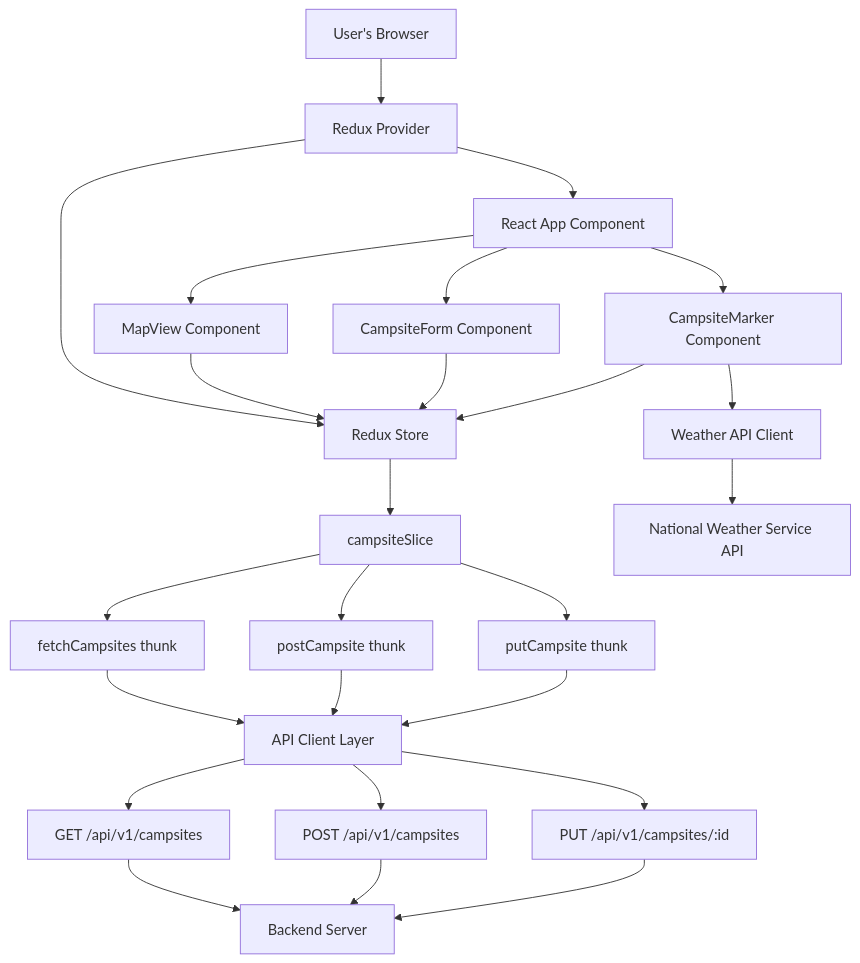
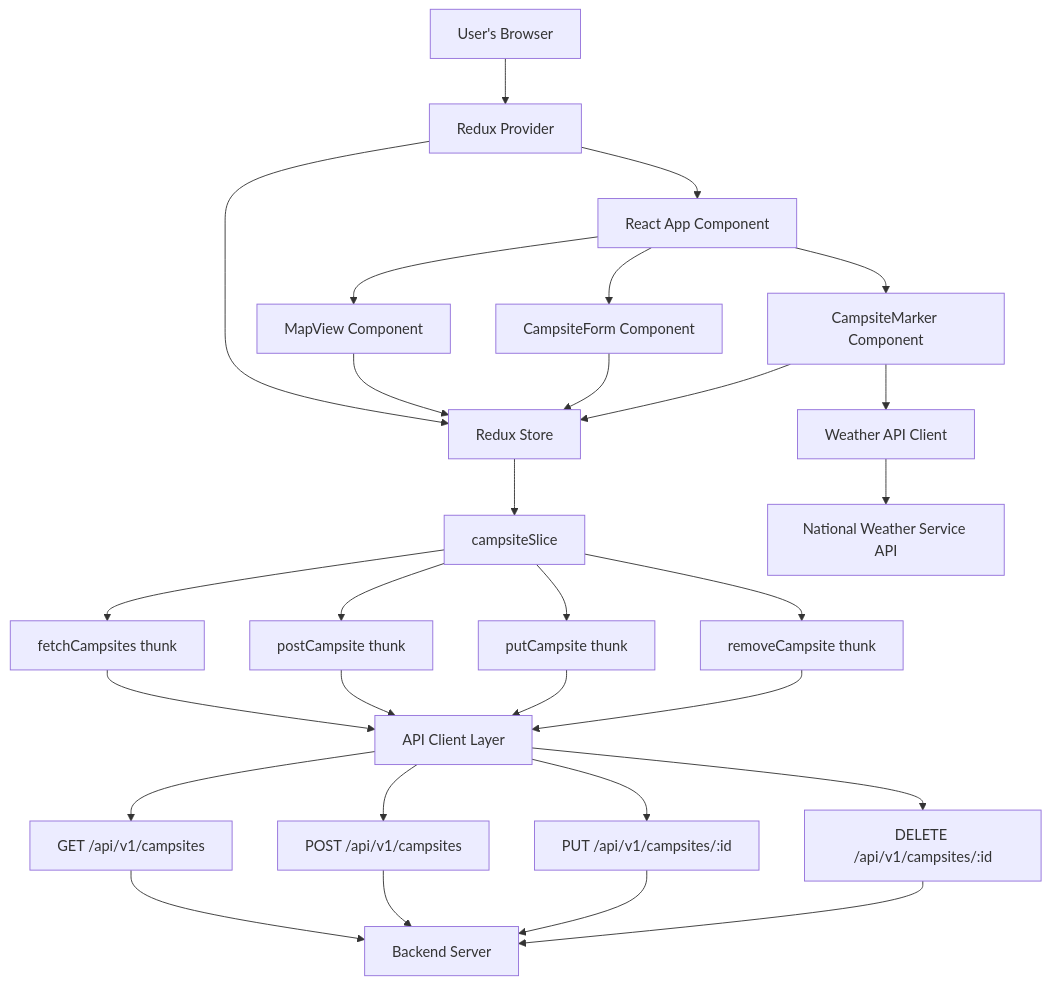
The first of 2 diagrams in README.md (baileydunning/campsights), drawn with Mermaid before and after one commit. The commit also changed other lines of this file and 21 other files, not shown here.

````diff
--- a/README.md
+++ b/README.md
@@ -37,34 +37,38 @@
 ```mermaid
 flowchart TD
     A[User's Browser] --> B[Redux Provider]
     B --> C[Redux Store]
     B --> D[React App Component]
     
     D --> E[MapView Component]
     D --> F[CampsiteForm Component]
     D --> G[CampsiteMarker Component]
     
     E --> C
     F --> C
     G --> C
     
     C --> H[campsiteSlice]
     H --> I[fetchCampsites thunk]
     H --> J[postCampsite thunk]
     H --> K[putCampsite thunk]
+    H --> L[removeCampsite thunk]
     
-    I --> L[API Client Layer]
-    J --> L
-    K --> L
+    I --> M[API Client Layer]
+    J --> M
+    K --> M
+    L --> M
     
-    L --> M[GET /api/v1/campsites]
-    L --> N[POST /api/v1/campsites]
-    L --> O[PUT /api/v1/campsites/:id]
+    M --> N[GET /api/v1/campsites]
+    M --> O[POST /api/v1/campsites]
+    M --> P[PUT /api/v1/campsites/:id]
+    M --> Q[DELETE /api/v1/campsites/:id]
     
-    G --> P[Weather API Client]
-    P --> Q[National Weather Service API]
+    G --> R[Weather API Client]
+    R --> S[National Weather Service API]
     
-    M --> R[Backend Server]
-    N --> R
-    O --> R
+    N --> T[Backend Server]
+    O --> T
+    P --> T
+    Q --> T
 ```
````
